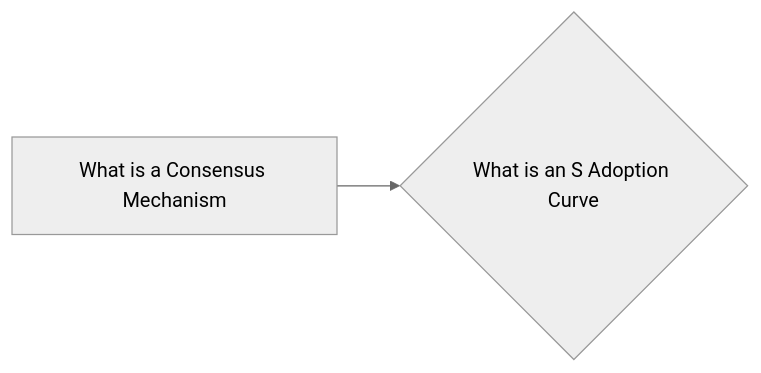
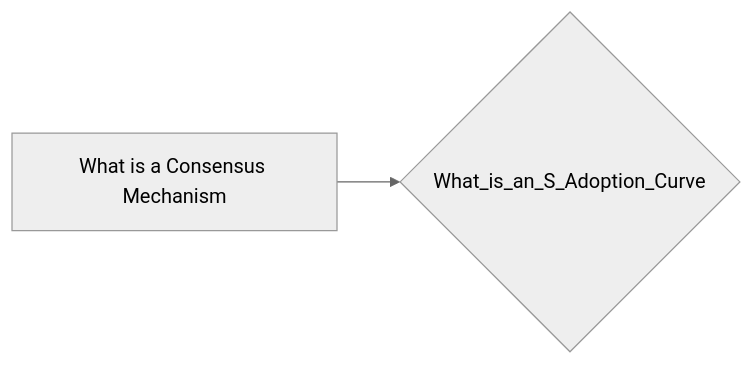
One commit to lpurdy01/crypto-knowledge-map changed the diagram in notes/What_is_an_S_Adoption_Curve.md. Above: the diagram before and after it, drawn with Mermaid (neutral theme). The commit also changed 161 other files, not shown here.

````diff
--- a/notes/What_is_an_S_Adoption_Curve.md
+++ b/notes/What_is_an_S_Adoption_Curve.md
@@ -8,4 +8,4 @@
 ```mermaid
 graph LR
-1["What is a Consensus Mechanism"]-->0{"What is an S Adoption Curve"}
+1["What is a Consensus Mechanism"]-->0{"What_is_an_S_Adoption_Curve"}
 ```
````
